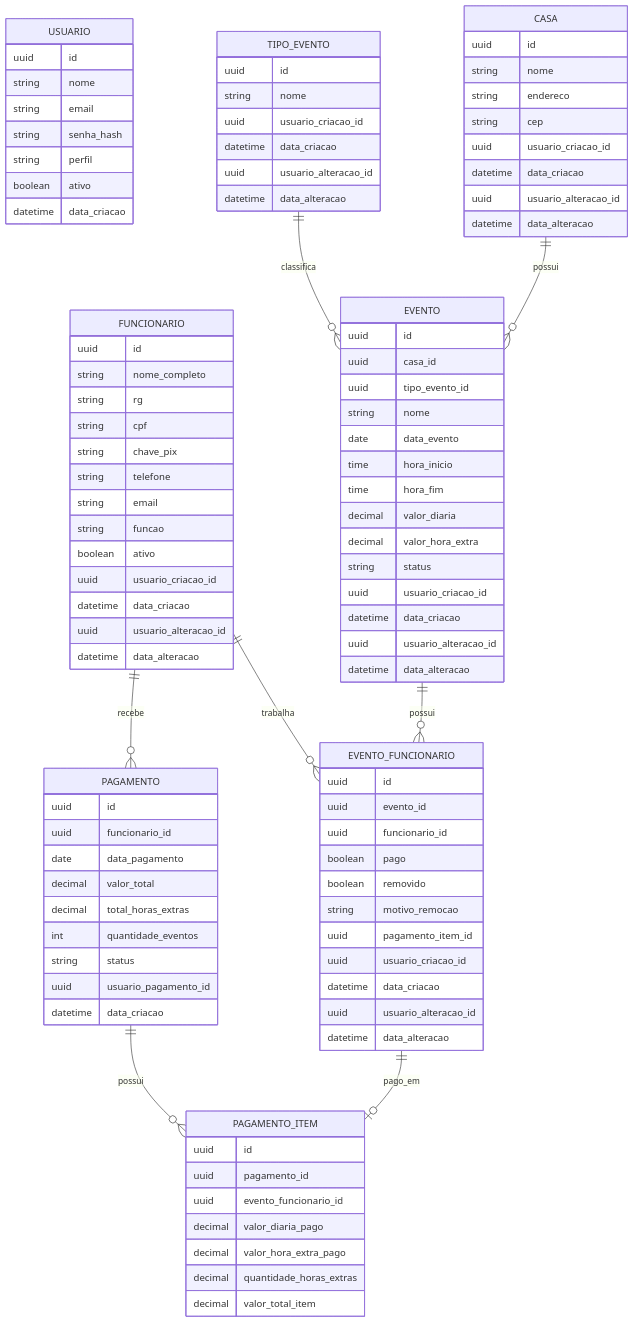
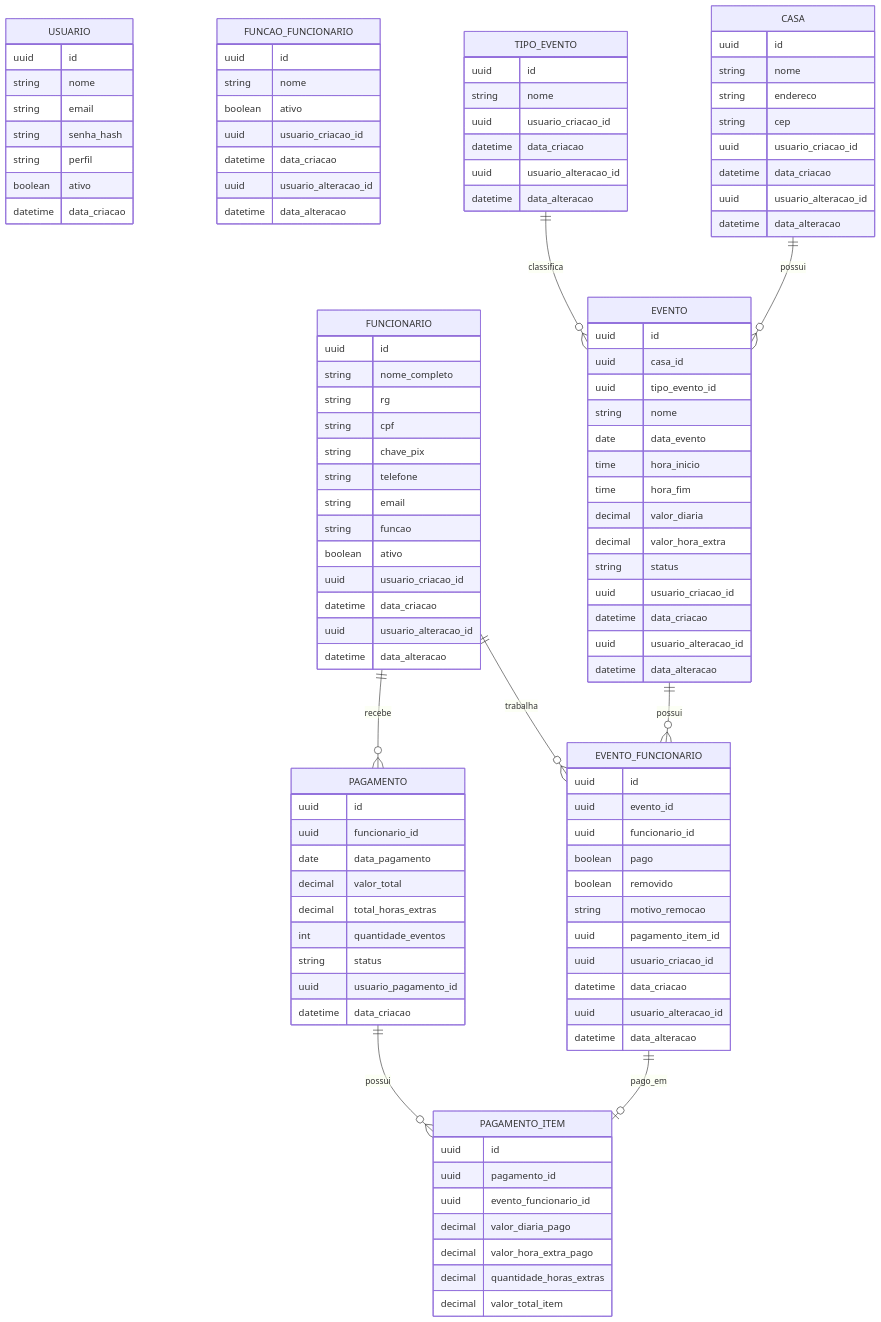
One commit to AntonioNetoOl/tag-gestao-seguranca changed the diagram in docs/modelagem/modelo-entidade-relacionamento.md. Above: the diagram before and after it, drawn with Mermaid. The commit also changed other lines of this file, not shown here.

Commit message:
docs: update frontend ER model with employee roles

```diff
--- a/docs/modelagem/modelo-entidade-relacionamento.md
+++ b/docs/modelagem/modelo-entidade-relacionamento.md
@@ -21,6 +21,16 @@
         string telefone
         string email
         string funcao
+        boolean ativo
+        uuid usuario_criacao_id
+        datetime data_criacao
+        uuid usuario_alteracao_id
+        datetime data_alteracao
+    }
+
+    FUNCAO_FUNCIONARIO {
+        uuid id
+        string nome
         boolean ativo
         uuid usuario_criacao_id
         datetime data_criacao
```
